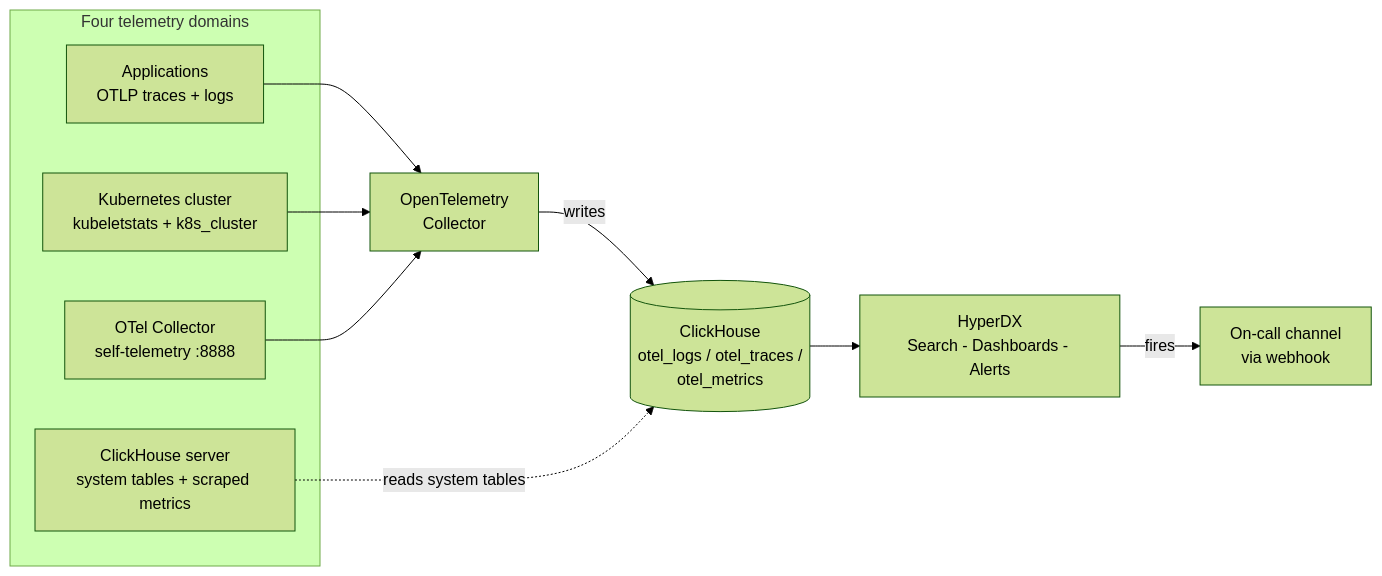
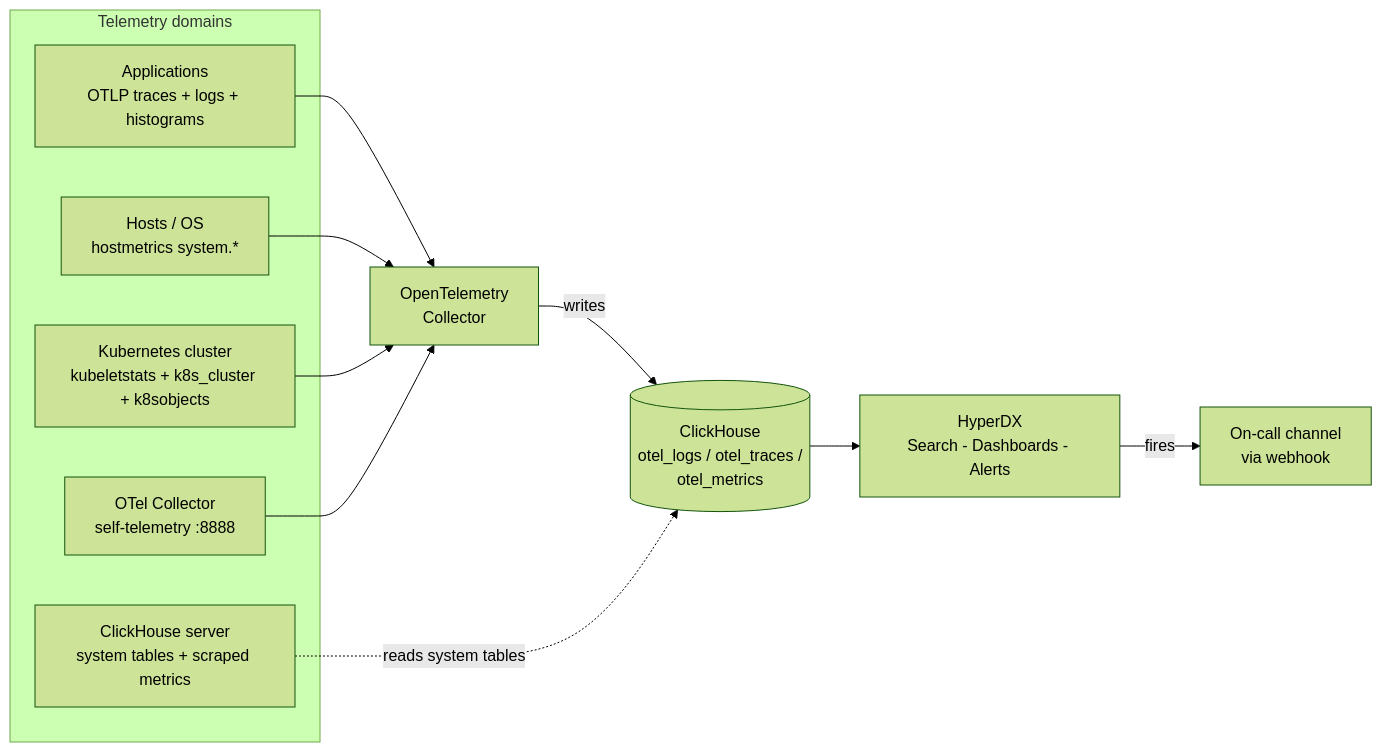
The diagram in hyperdx/README.md (Cameron-Bayer/AldoTel-HyperDX-Templates), drawn with Mermaid (forest theme) before and after one commit. The commit also changed other lines of this file and 21 other files, not shown here.

````diff
--- a/hyperdx/README.md
+++ b/hyperdx/README.md
@@ -110,16 +112,18 @@
 ```mermaid
 flowchart LR
-    subgraph Domains["Four telemetry domains"]
-        A["Applications<br/>OTLP traces + logs"]
-        K["Kubernetes cluster<br/>kubeletstats + k8s_cluster"]
+    subgraph Domains["Telemetry domains"]
+        A["Applications<br/>OTLP traces + logs + histograms"]
+        H["Hosts / OS<br/>hostmetrics system.*"]
+        K["Kubernetes cluster<br/>kubeletstats + k8s_cluster + k8sobjects"]
         COL["OTel Collector<br/>self-telemetry :8888"]
         CHm["ClickHouse server<br/>system tables + scraped metrics"]
     end
     A --> C["OpenTelemetry<br/>Collector"]
+    H --> C
     K --> C
     COL --> C
     C -->|writes| CH[("ClickHouse<br/>otel_logs / otel_traces /<br/>otel_metrics")]
     CHm -.->|reads system tables| CH
     CH --> HDX["HyperDX<br/>Search - Dashboards - Alerts"]
     HDX -->|fires| NOTIFY["On-call channel<br/>via webhook"]
 ```
````
